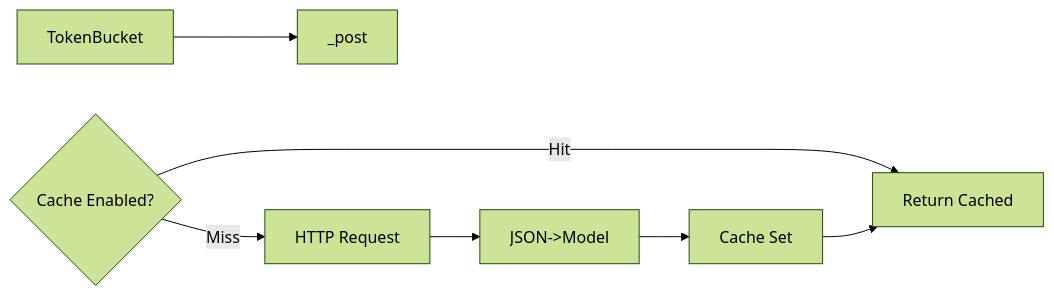
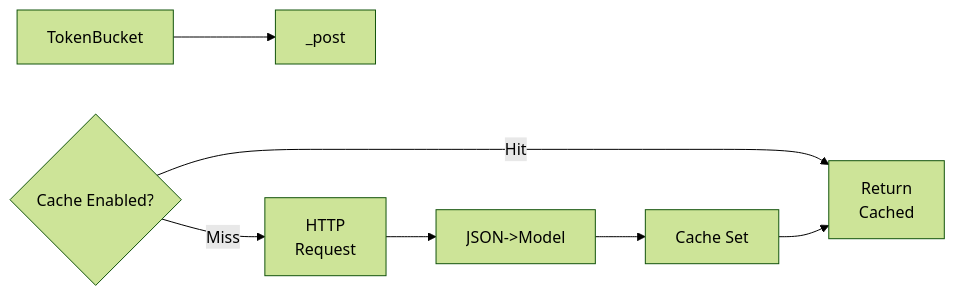
Before and after one commit to gyuha/investment-open-source-analysis: the fourth of 6 diagrams in report/cluefin/report-copilot-gpt-5.md, drawn with Mermaid (forest theme). The commit also changed other lines of this file and 1 other file, not shown here.

````diff
--- a/report/cluefin/report-copilot-gpt-5.md
+++ b/report/cluefin/report-copilot-gpt-5.md
@@ -203,9 +203,9 @@
 ```mermaid
 flowchart LR
-    RATE[TokenBucket] --> POST[_post]
-    CACHE{Cache Enabled?} -->|Hit| RESP[Return Cached]
-    CACHE -->|Miss| SEND[HTTP Request]
-    SEND --> PARSE[JSON->Model]
-    PARSE --> STORE[Cache Set]
+    RATE["TokenBucket"] --> POST["_post"]
+    CACHE{Cache Enabled?} -->|Hit| RESP["Return<br/>Cached"]
+    CACHE -->|Miss| SEND["HTTP<br/>Request"]
+    SEND --> PARSE["JSON->Model"]
+    PARSE --> STORE["Cache Set"]
     STORE --> RESP
 ```
````
